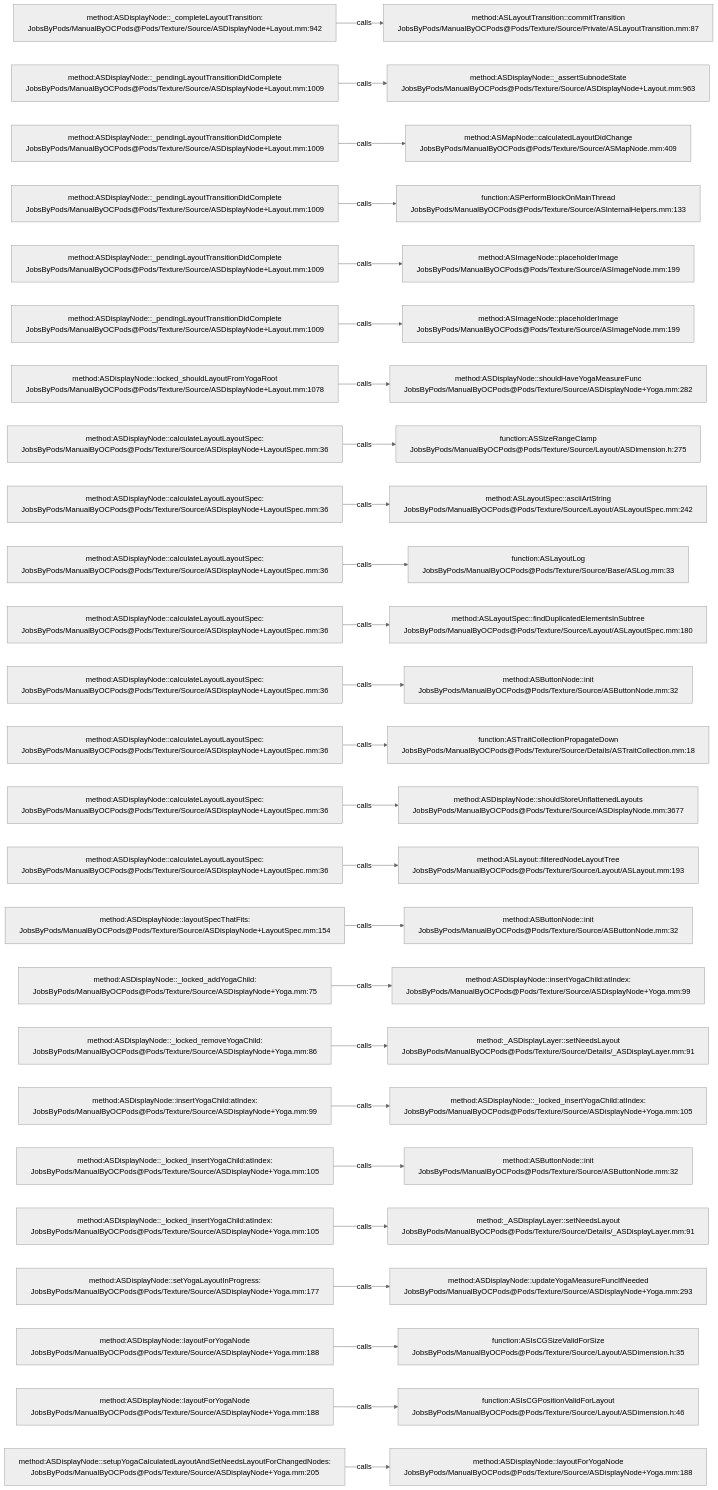
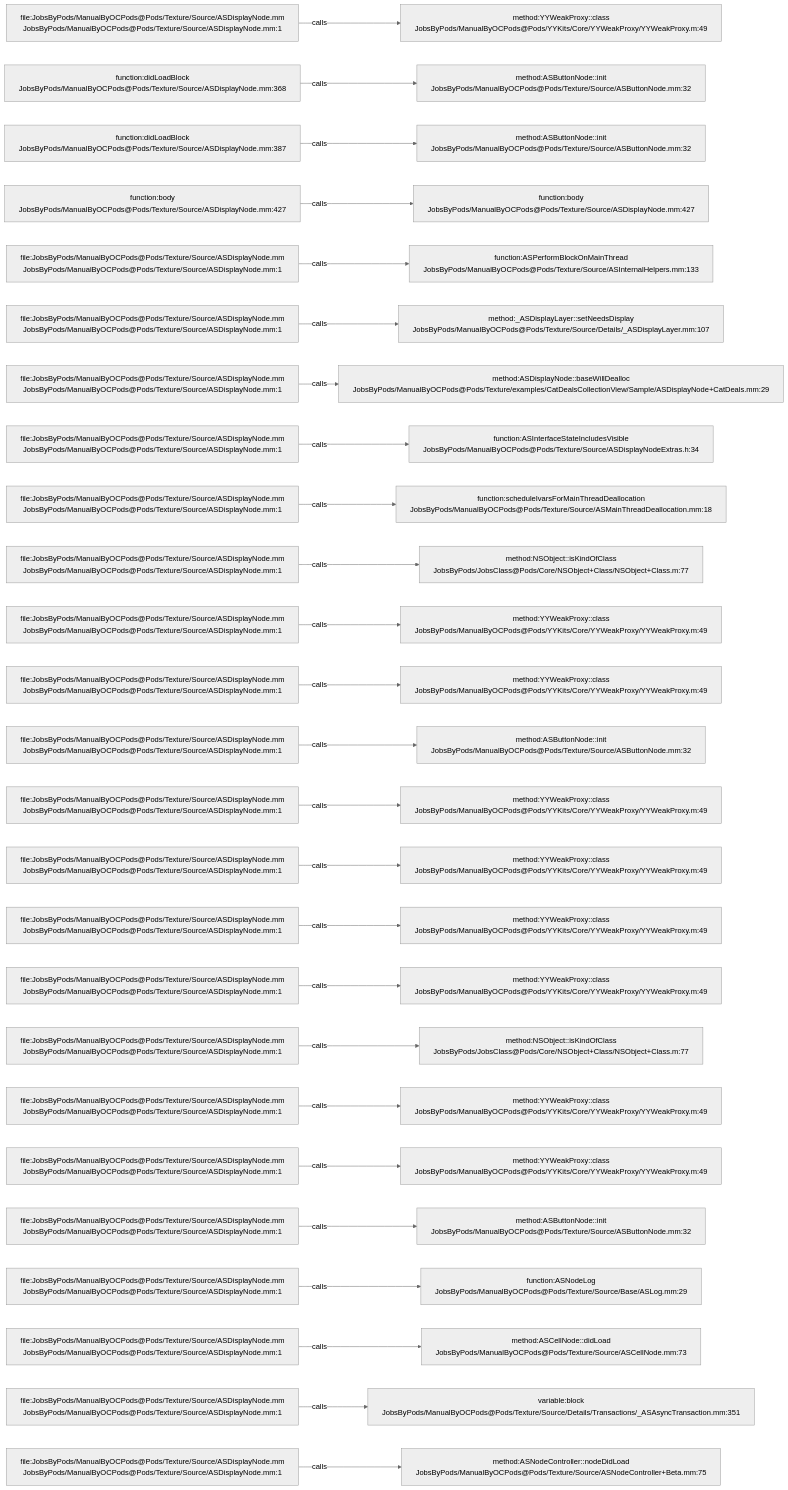
One commit to JobsKits/JobsOCBaseConfigDemo changed the diagram in .codegraph/codegraph.md/graphs/calls-095.md. Above: the diagram before and after it, drawn with Mermaid (neutral theme). The commit also changed 1353 other files, not shown here.

````diff
--- a/.codegraph/codegraph.md/graphs/calls-095.md
+++ b/.codegraph/codegraph.md/graphs/calls-095.md
@@ -13,78 +13,78 @@
 ```mermaid
 flowchart LR
-  S1["method:ASDisplayNode::_completeLayoutTransition:<br/>JobsByPods/ManualByOCPods@Pods/Texture/Source/ASDisplayNode+Layout.mm:942"]
-  T1["method:ASLayoutTransition::commitTransition<br/>JobsByPods/ManualByOCPods@Pods/Texture/Source/Private/ASLayoutTransition.mm:87"]
+  S1["file:JobsByPods/ManualByOCPods@Pods/Texture/Source/ASDisplayNode.mm<br/>JobsByPods/ManualByOCPods@Pods/Texture/Source/ASDisplayNode.mm:1"]
+  T1["method:YYWeakProxy::class<br/>JobsByPods/ManualByOCPods@Pods/YYKits/Core/YYWeakProxy/YYWeakProxy.m:49"]
   S1 -->|calls| T1
-  S2["method:ASDisplayNode::_pendingLayoutTransitionDidComplete<br/>JobsByPods/ManualByOCPods@Pods/Texture/Source/ASDisplayNode+Layout.mm:1009"]
-  T2["method:ASDisplayNode::_assertSubnodeState<br/>JobsByPods/ManualByOCPods@Pods/Texture/Source/ASDisplayNode+Layout.mm:963"]
+  S2["function:didLoadBlock<br/>JobsByPods/ManualByOCPods@Pods/Texture/Source/ASDisplayNode.mm:368"]
+  T2["method:ASButtonNode::init<br/>JobsByPods/ManualByOCPods@Pods/Texture/Source/ASButtonNode.mm:32"]
   S2 -->|calls| T2
-  S3["method:ASDisplayNode::_pendingLayoutTransitionDidComplete<br/>JobsByPods/ManualByOCPods@Pods/Texture/Source/ASDisplayNode+Layout.mm:1009"]
-  T3["method:ASMapNode::calculatedLayoutDidChange<br/>JobsByPods/ManualByOCPods@Pods/Texture/Source/ASMapNode.mm:409"]
+  S3["function:didLoadBlock<br/>JobsByPods/ManualByOCPods@Pods/Texture/Source/ASDisplayNode.mm:387"]
+  T3["method:ASButtonNode::init<br/>JobsByPods/ManualByOCPods@Pods/Texture/Source/ASButtonNode.mm:32"]
   S3 -->|calls| T3
-  S4["method:ASDisplayNode::_pendingLayoutTransitionDidComplete<br/>JobsByPods/ManualByOCPods@Pods/Texture/Source/ASDisplayNode+Layout.mm:1009"]
-  T4["function:ASPerformBlockOnMainThread<br/>JobsByPods/ManualByOCPods@Pods/Texture/Source/ASInternalHelpers.mm:133"]
+  S4["function:body<br/>JobsByPods/ManualByOCPods@Pods/Texture/Source/ASDisplayNode.mm:427"]
+  T4["function:body<br/>JobsByPods/ManualByOCPods@Pods/Texture/Source/ASDisplayNode.mm:427"]
   S4 -->|calls| T4
-  S5["method:ASDisplayNode::_pendingLayoutTransitionDidComplete<br/>JobsByPods/ManualByOCPods@Pods/Texture/Source/ASDisplayNode+Layout.mm:1009"]
-  T5["method:ASImageNode::placeholderImage<br/>JobsByPods/ManualByOCPods@Pods/Texture/Source/ASImageNode.mm:199"]
+  S5["file:JobsByPods/ManualByOCPods@Pods/Texture/Source/ASDisplayNode.mm<br/>JobsByPods/ManualByOCPods@Pods/Texture/Source/ASDisplayNode.mm:1"]
+  T5["function:ASPerformBlockOnMainThread<br/>JobsByPods/ManualByOCPods@Pods/Texture/Source/ASInternalHelpers.mm:133"]
   S5 -->|calls| T5
-  S6["method:ASDisplayNode::_pendingLayoutTransitionDidComplete<br/>JobsByPods/ManualByOCPods@Pods/Texture/Source/ASDisplayNode+Layout.mm:1009"]
-  T6["method:ASImageNode::placeholderImage<br/>JobsByPods/ManualByOCPods@Pods/Texture/Source/ASImageNode.mm:199"]
+  S6["file:JobsByPods/ManualByOCPods@Pods/Texture/Source/ASDisplayNode.mm<br/>JobsByPods/ManualByOCPods@Pods/Texture/Source/ASDisplayNode.mm:1"]
+  T6["method:_ASDisplayLayer::setNeedsDisplay<br/>JobsByPods/ManualByOCPods@Pods/Texture/Source/Details/_ASDisplayLayer.mm:107"]
   S6 -->|calls| T6
-  S7["method:ASDisplayNode::locked_shouldLayoutFromYogaRoot<br/>JobsByPods/ManualByOCPods@Pods/Texture/Source/ASDisplayNode+Layout.mm:1078"]
-  T7["method:ASDisplayNode::shouldHaveYogaMeasureFunc<br/>JobsByPods/ManualByOCPods@Pods/Texture/Source/ASDisplayNode+Yoga.mm:282"]
+  S7["file:JobsByPods/ManualByOCPods@Pods/Texture/Source/ASDisplayNode.mm<br/>JobsByPods/ManualByOCPods@Pods/Texture/Source/ASDisplayNode.mm:1"]
+  T7["method:ASDisplayNode::baseWillDealloc<br/>JobsByPods/ManualByOCPods@Pods/Texture/examples/CatDealsCollectionView/Sample/ASDisplayNode+CatDeals.mm:29"]
   S7 -->|calls| T7
-  S8["method:ASDisplayNode::calculateLayoutLayoutSpec:<br/>JobsByPods/ManualByOCPods@Pods/Texture/Source/ASDisplayNode+LayoutSpec.mm:36"]
-  T8["function:ASSizeRangeClamp<br/>JobsByPods/ManualByOCPods@Pods/Texture/Source/Layout/ASDimension.h:275"]
+  S8["file:JobsByPods/ManualByOCPods@Pods/Texture/Source/ASDisplayNode.mm<br/>JobsByPods/ManualByOCPods@Pods/Texture/Source/ASDisplayNode.mm:1"]
+  T8["function:ASInterfaceStateIncludesVisible<br/>JobsByPods/ManualByOCPods@Pods/Texture/Source/ASDisplayNodeExtras.h:34"]
   S8 -->|calls| T8
-  S9["method:ASDisplayNode::calculateLayoutLayoutSpec:<br/>JobsByPods/ManualByOCPods@Pods/Texture/Source/ASDisplayNode+LayoutSpec.mm:36"]
-  T9["method:ASLayoutSpec::asciiArtString<br/>JobsByPods/ManualByOCPods@Pods/Texture/Source/Layout/ASLayoutSpec.mm:242"]
+  S9["file:JobsByPods/ManualByOCPods@Pods/Texture/Source/ASDisplayNode.mm<br/>JobsByPods/ManualByOCPods@Pods/Texture/Source/ASDisplayNode.mm:1"]
+  T9["function:scheduleIvarsForMainThreadDeallocation<br/>JobsByPods/ManualByOCPods@Pods/Texture/Source/ASMainThreadDeallocation.mm:18"]
   S9 -->|calls| T9
-  S10["method:ASDisplayNode::calculateLayoutLayoutSpec:<br/>JobsByPods/ManualByOCPods@Pods/Texture/Source/ASDisplayNode+LayoutSpec.mm:36"]
-  T10["function:ASLayoutLog<br/>JobsByPods/ManualByOCPods@Pods/Texture/Source/Base/ASLog.mm:33"]
+  S10["file:JobsByPods/ManualByOCPods@Pods/Texture/Source/ASDisplayNode.mm<br/>JobsByPods/ManualByOCPods@Pods/Texture/Source/ASDisplayNode.mm:1"]
+  T10["method:NSObject::isKindOfClass<br/>JobsByPods/JobsClass@Pods/Core/NSObject+Class/NSObject+Class.m:77"]
   S10 -->|calls| T10
-  S11["method:ASDisplayNode::calculateLayoutLayoutSpec:<br/>JobsByPods/ManualByOCPods@Pods/Texture/Source/ASDisplayNode+LayoutSpec.mm:36"]
-  T11["method:ASLayoutSpec::findDuplicatedElementsInSubtree<br/>JobsByPods/ManualByOCPods@Pods/Texture/Source/Layout/ASLayoutSpec.mm:180"]
+  S11["file:JobsByPods/ManualByOCPods@Pods/Texture/Source/ASDisplayNode.mm<br/>JobsByPods/ManualByOCPods@Pods/Texture/Source/ASDisplayNode.mm:1"]
+  T11["method:YYWeakProxy::class<br/>JobsByPods/ManualByOCPods@Pods/YYKits/Core/YYWeakProxy/YYWeakProxy.m:49"]
   S11 -->|calls| T11
-  S12["method:ASDisplayNode::calculateLayoutLayoutSpec:<br/>JobsByPods/ManualByOCPods@Pods/Texture/Source/ASDisplayNode+LayoutSpec.mm:36"]
-  T12["method:ASButtonNode::init<br/>JobsByPods/ManualByOCPods@Pods/Texture/Source/ASButtonNode.mm:32"]
+  S12["file:JobsByPods/ManualByOCPods@Pods/Texture/Source/ASDisplayNode.mm<br/>JobsByPods/ManualByOCPods@Pods/Texture/Source/ASDisplayNode.mm:1"]
+  T12["method:YYWeakProxy::class<br/>JobsByPods/ManualByOCPods@Pods/YYKits/Core/YYWeakProxy/YYWeakProxy.m:49"]
   S12 -->|calls| T12
-  S13["method:ASDisplayNode::calculateLayoutLayoutSpec:<br/>JobsByPods/ManualByOCPods@Pods/Texture/Source/ASDisplayNode+LayoutSpec.mm:36"]
-  T13["function:ASTraitCollectionPropagateDown<br/>JobsByPods/ManualByOCPods@Pods/Texture/Source/Details/ASTraitCollection.mm:18"]
+  S13["file:JobsByPods/ManualByOCPods@Pods/Texture/Source/ASDisplayNode.mm<br/>JobsByPods/ManualByOCPods@Pods/Texture/Source/ASDisplayNode.mm:1"]
+  T13["method:ASButtonNode::init<br/>JobsByPods/ManualByOCPods@Pods/Texture/Source/ASButtonNode.mm:32"]
   S13 -->|calls| T13
-  S14["method:ASDisplayNode::calculateLayoutLayoutSpec:<br/>JobsByPods/ManualByOCPods@Pods/Texture/Source/ASDisplayNode+LayoutSpec.mm:36"]
-  T14["method:ASDisplayNode::shouldStoreUnflattenedLayouts<br/>JobsByPods/ManualByOCPods@Pods/Texture/Source/ASDisplayNode.mm:3677"]
+  S14["file:JobsByPods/ManualByOCPods@Pods/Texture/Source/ASDisplayNode.mm<br/>JobsByPods/ManualByOCPods@Pods/Texture/Source/ASDisplayNode.mm:1"]
+  T14["method:YYWeakProxy::class<br/>JobsByPods/ManualByOCPods@Pods/YYKits/Core/YYWeakProxy/YYWeakProxy.m:49"]
   S14 -->|calls| T14
-  S15["method:ASDisplayNode::calculateLayoutLayoutSpec:<br/>JobsByPods/ManualByOCPods@Pods/Texture/Source/ASDisplayNode+LayoutSpec.mm:36"]
-  T15["method:ASLayout::filteredNodeLayoutTree<br/>JobsByPods/ManualByOCPods@Pods/Texture/Source/Layout/ASLayout.mm:193"]
+  S15["file:JobsByPods/ManualByOCPods@Pods/Texture/Source/ASDisplayNode.mm<br/>JobsByPods/ManualByOCPods@Pods/Texture/Source/ASDisplayNode.mm:1"]
+  T15["method:YYWeakProxy::class<br/>JobsByPods/ManualByOCPods@Pods/YYKits/Core/YYWeakProxy/YYWeakProxy.m:49"]
   S15 -->|calls| T15
-  S16["method:ASDisplayNode::layoutSpecThatFits:<br/>JobsByPods/ManualByOCPods@Pods/Texture/Source/ASDisplayNode+LayoutSpec.mm:154"]
-  T16["method:ASButtonNode::init<br/>JobsByPods/ManualByOCPods@Pods/Texture/Source/ASButtonNode.mm:32"]
+  S16["file:JobsByPods/ManualByOCPods@Pods/Texture/Source/ASDisplayNode.mm<br/>JobsByPods/ManualByOCPods@Pods/Texture/Source/ASDisplayNode.mm:1"]
+  T16["method:YYWeakProxy::class<br/>JobsByPods/ManualByOCPods@Pods/YYKits/Core/YYWeakProxy/YYWeakProxy.m:49"]
   S16 -->|calls| T16
-  S17["method:ASDisplayNode::_locked_addYogaChild:<br/>JobsByPods/ManualByOCPods@Pods/Texture/Source/ASDisplayNode+Yoga.mm:75"]
-  T17["method:ASDisplayNode::insertYogaChild:atIndex:<br/>JobsByPods/ManualByOCPods@Pods/Texture/Source/ASDisplayNode+Yoga.mm:99"]
+  S17["file:JobsByPods/ManualByOCPods@Pods/Texture/Source/ASDisplayNode.mm<br/>JobsByPods/ManualByOCPods@Pods/Texture/Source/ASDisplayNode.mm:1"]
+  T17["method:YYWeakProxy::class<br/>JobsByPods/ManualByOCPods@Pods/YYKits/Core/YYWeakProxy/YYWeakProxy.m:49"]
   S17 -->|calls| T17
-  S18["method:ASDisplayNode::_locked_removeYogaChild:<br/>JobsByPods/ManualByOCPods@Pods/Texture/Source/ASDisplayNode+Yoga.mm:86"]
-  T18["method:_ASDisplayLayer::setNeedsLayout<br/>JobsByPods/ManualByOCPods@Pods/Texture/Source/Details/_ASDisplayLayer.mm:91"]
+  S18["file:JobsByPods/ManualByOCPods@Pods/Texture/Source/ASDisplayNode.mm<br/>JobsByPods/ManualByOCPods@Pods/Texture/Source/ASDisplayNode.mm:1"]
+  T18["method:NSObject::isKindOfClass<br/>JobsByPods/JobsClass@Pods/Core/NSObject+Class/NSObject+Class.m:77"]
   S18 -->|calls| T18
-  S19["method:ASDisplayNode::insertYogaChild:atIndex:<br/>JobsByPods/ManualByOCPods@Pods/Texture/Source/ASDisplayNode+Yoga.mm:99"]
-  T19["method:ASDisplayNode::_locked_insertYogaChild:atIndex:<br/>JobsByPods/ManualByOCPods@Pods/Texture/Source/ASDisplayNode+Yoga.mm:105"]
+  S19["file:JobsByPods/ManualByOCPods@Pods/Texture/Source/ASDisplayNode.mm<br/>JobsByPods/ManualByOCPods@Pods/Texture/Source/ASDisplayNode.mm:1"]
+  T19["method:YYWeakProxy::class<br/>JobsByPods/ManualByOCPods@Pods/YYKits/Core/YYWeakProxy/YYWeakProxy.m:49"]
   S19 -->|calls| T19
-  S20["method:ASDisplayNode::_locked_insertYogaChild:atIndex:<br/>JobsByPods/ManualByOCPods@Pods/Texture/Source/ASDisplayNode+Yoga.mm:105"]
-  T20["method:ASButtonNode::init<br/>JobsByPods/ManualByOCPods@Pods/Texture/Source/ASButtonNode.mm:32"]
+  S20["file:JobsByPods/ManualByOCPods@Pods/Texture/Source/ASDisplayNode.mm<br/>JobsByPods/ManualByOCPods@Pods/Texture/Source/ASDisplayNode.mm:1"]
+  T20["method:YYWeakProxy::class<br/>JobsByPods/ManualByOCPods@Pods/YYKits/Core/YYWeakProxy/YYWeakProxy.m:49"]
   S20 -->|calls| T20
-  S21["method:ASDisplayNode::_locked_insertYogaChild:atIndex:<br/>JobsByPods/ManualByOCPods@Pods/Texture/Source/ASDisplayNode+Yoga.mm:105"]
-  T21["method:_ASDisplayLayer::setNeedsLayout<br/>JobsByPods/ManualByOCPods@Pods/Texture/Source/Details/_ASDisplayLayer.mm:91"]
+  S21["file:JobsByPods/ManualByOCPods@Pods/Texture/Source/ASDisplayNode.mm<br/>JobsByPods/ManualByOCPods@Pods/Texture/Source/ASDisplayNode.mm:1"]
+  T21["method:ASButtonNode::init<br/>JobsByPods/ManualByOCPods@Pods/Texture/Source/ASButtonNode.mm:32"]
   S21 -->|calls| T21
-  S22["method:ASDisplayNode::setYogaLayoutInProgress:<br/>JobsByPods/ManualByOCPods@Pods/Texture/Source/ASDisplayNode+Yoga.mm:177"]
-  T22["method:ASDisplayNode::updateYogaMeasureFuncIfNeeded<br/>JobsByPods/ManualByOCPods@Pods/Texture/Source/ASDisplayNode+Yoga.mm:293"]
+  S22["file:JobsByPods/ManualByOCPods@Pods/Texture/Source/ASDisplayNode.mm<br/>JobsByPods/ManualByOCPods@Pods/Texture/Source/ASDisplayNode.mm:1"]
+  T22["function:ASNodeLog<br/>JobsByPods/ManualByOCPods@Pods/Texture/Source/Base/ASLog.mm:29"]
   S22 -->|calls| T22
-  S23["method:ASDisplayNode::layoutForYogaNode<br/>JobsByPods/ManualByOCPods@Pods/Texture/Source/ASDisplayNode+Yoga.mm:188"]
-  T23["function:ASIsCGSizeValidForSize<br/>JobsByPods/ManualByOCPods@Pods/Texture/Source/Layout/ASDimension.h:35"]
+  S23["file:JobsByPods/ManualByOCPods@Pods/Texture/Source/ASDisplayNode.mm<br/>JobsByPods/ManualByOCPods@Pods/Texture/Source/ASDisplayNode.mm:1"]
+  T23["method:ASCellNode::didLoad<br/>JobsByPods/ManualByOCPods@Pods/Texture/Source/ASCellNode.mm:73"]
   S23 -->|calls| T23
-  S24["method:ASDisplayNode::layoutForYogaNode<br/>JobsByPods/ManualByOCPods@Pods/Texture/Source/ASDisplayNode+Yoga.mm:188"]
-  T24["function:ASIsCGPositionValidForLayout<br/>JobsByPods/ManualByOCPods@Pods/Texture/Source/Layout/ASDimension.h:46"]
+  S24["file:JobsByPods/ManualByOCPods@Pods/Texture/Source/ASDisplayNode.mm<br/>JobsByPods/ManualByOCPods@Pods/Texture/Source/ASDisplayNode.mm:1"]
+  T24["variable:block<br/>JobsByPods/ManualByOCPods@Pods/Texture/Source/Details/Transactions/_ASAsyncTransaction.mm:351"]
   S24 -->|calls| T24
-  S25["method:ASDisplayNode::setupYogaCalculatedLayoutAndSetNeedsLayoutForChangedNodes:<br/>JobsByPods/ManualByOCPods@Pods/Texture/Source/ASDisplayNode+Yoga.mm:205"]
-  T25["method:ASDisplayNode::layoutForYogaNode<br/>JobsByPods/ManualByOCPods@Pods/Texture/Source/ASDisplayNode+Yoga.mm:188"]
+  S25["file:JobsByPods/ManualByOCPods@Pods/Texture/Source/ASDisplayNode.mm<br/>JobsByPods/ManualByOCPods@Pods/Texture/Source/ASDisplayNode.mm:1"]
+  T25["method:ASNodeController::nodeDidLoad<br/>JobsByPods/ManualByOCPods@Pods/Texture/Source/ASNodeController+Beta.mm:75"]
   S25 -->|calls| T25
 ```
````
